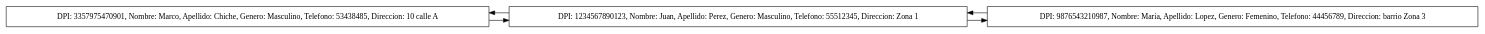
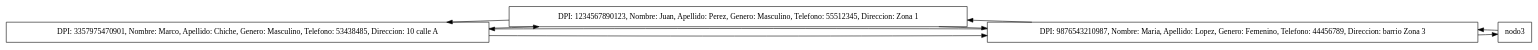
Before and after one commit to Marco131-xel/Edd_Proyecto2: the diagram in Rapidito/Lista_Dob.dot, drawn with Graphviz. The commit also changed 8 other files, not shown here.

```diff
--- a/Rapidito/Lista_Dob.dot
+++ b/Rapidito/Lista_Dob.dot
@@ -1,11 +1,15 @@
 digraph G {
 rankdir=LR;
 node [shape=record];
 nodo0 [label="DPI: 3357975470901, Nombre:  Marco, Apellido:  Chiche, Genero:  Masculino, Telefono:  53438485, Direccion:  10 calle A"];
 nodo1 [label="DPI: 1234567890123, Nombre:  Juan, Apellido:  Perez, Genero:  Masculino, Telefono:  55512345, Direccion:  Zona 1"];
 nodo2 [label="DPI: 9876543210987, Nombre:  Maria, Apellido:  Lopez, Genero:  Femenino, Telefono:  44456789, Direccion:  barrio Zona 3"];
 nodo0 -> nodo1;
 nodo1 -> nodo0;
 nodo1 -> nodo2;
 nodo2 -> nodo1;
+nodo2 -> nodo3;
+nodo3 -> nodo2;
+nodo2 -> nodo0;
+nodo0 -> nodo2;
 }
```
